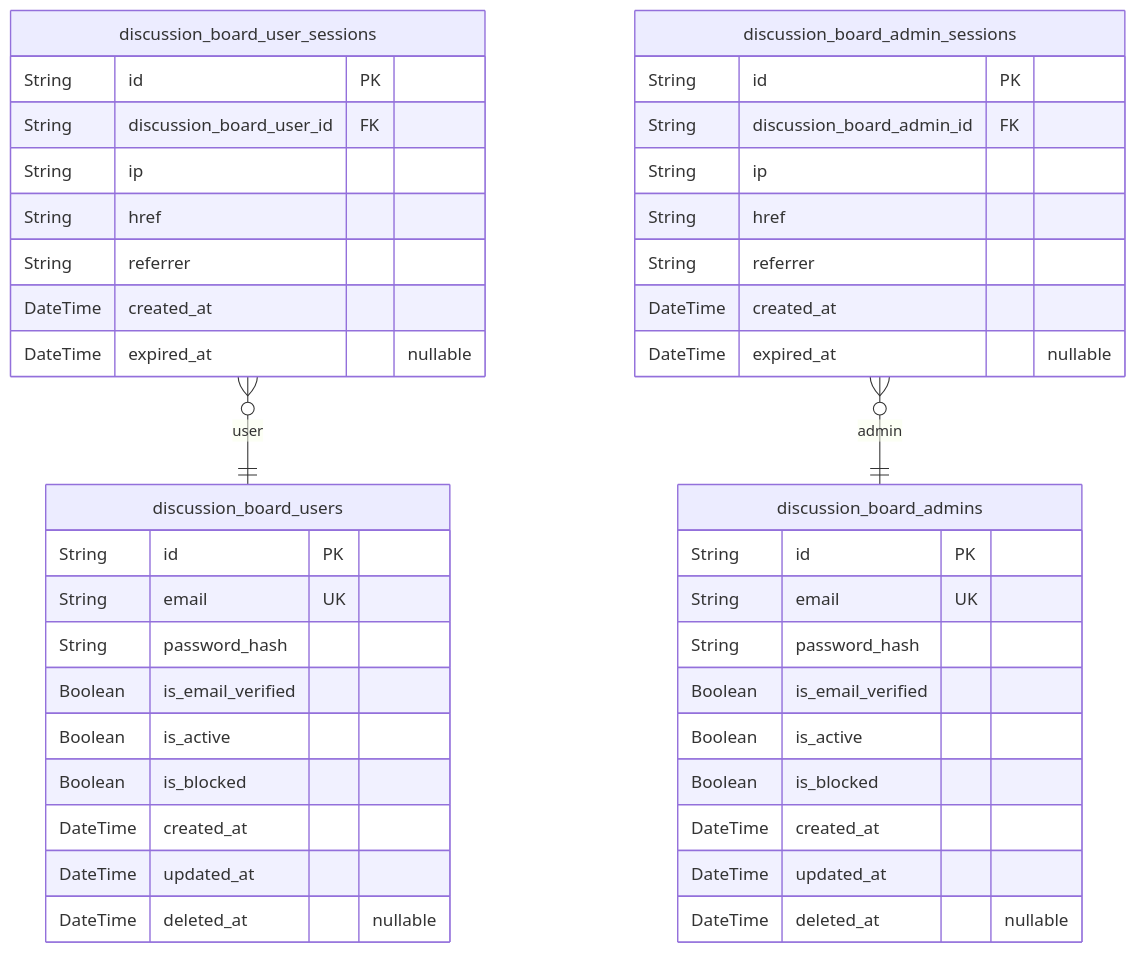
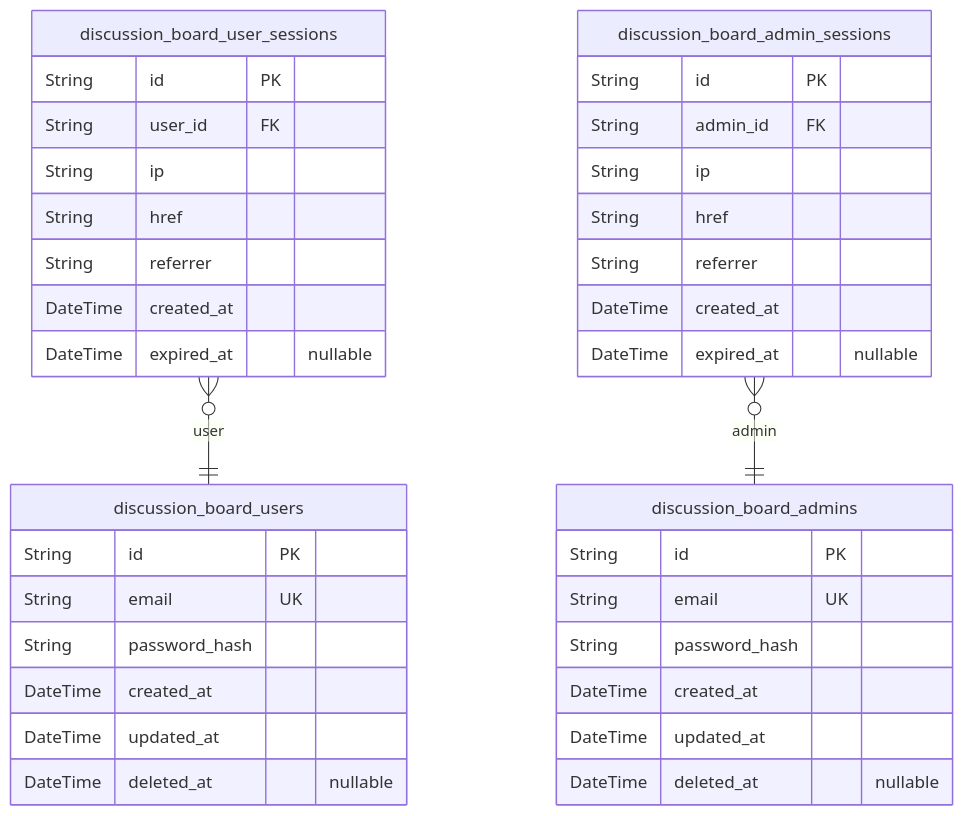
Before and after one commit to wrtnlabs/autobe-examples: the second of 6 diagrams in openai/gpt-4.1/bbs/docs/ERD.md, drawn with Mermaid. The commit also changed other lines of this file and 3569 other files, not shown here.

````diff
--- a/openai/gpt-4.1/bbs/docs/ERD.md
+++ b/openai/gpt-4.1/bbs/docs/ERD.md
@@ -61,45 +61,39 @@
 ```mermaid
 erDiagram
 "discussion_board_users" {
   String id PK
   String email UK
   String password_hash
-  Boolean is_email_verified
-  Boolean is_active
-  Boolean is_blocked
   DateTime created_at
   DateTime updated_at
   DateTime deleted_at "nullable"
 }
 "discussion_board_user_sessions" {
   String id PK
-  String discussion_board_user_id FK
+  String user_id FK
   String ip
   String href
   String referrer
   DateTime created_at
   DateTime expired_at "nullable"
 }
 "discussion_board_admins" {
   String id PK
   String email UK
   String password_hash
-  Boolean is_email_verified
-  Boolean is_active
-  Boolean is_blocked
   DateTime created_at
   DateTime updated_at
   DateTime deleted_at "nullable"
 }
 "discussion_board_admin_sessions" {
   String id PK
-  String discussion_board_admin_id FK
+  String admin_id FK
   String ip
   String href
   String referrer
   DateTime created_at
   DateTime expired_at "nullable"
 }
 "discussion_board_user_sessions" }o--|| "discussion_board_users" : user
 "discussion_board_admin_sessions" }o--|| "discussion_board_admins" : admin
 ```
````
